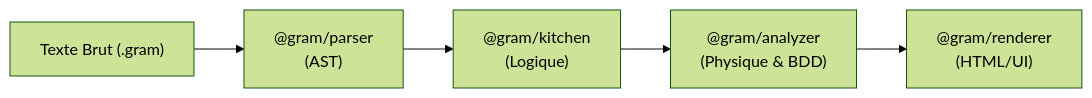
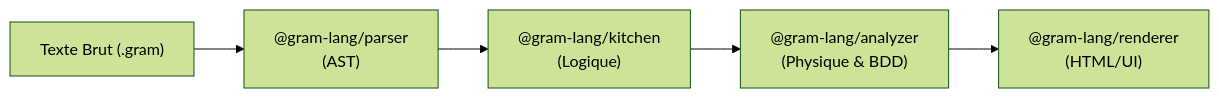
The diagram in packages/docs/src/fr/explanation/engine/lifecycle.md (gram-lang/gram), drawn with Mermaid (forest theme) before and after one commit. The commit also changed other lines of this file and 147 other files, not shown here.

Commit message:
chore: rename npm organization from @gram to @gram-lang

````diff
--- a/packages/docs/src/fr/explanation/engine/lifecycle.md
+++ b/packages/docs/src/fr/explanation/engine/lifecycle.md
@@ -40,7 +40,7 @@
 ```mermaid
 graph LR
-  Raw["Texte Brut (.gram)"] --> Parser["@gram/parser<br/>(AST)"]
-  Parser --> Kitchen["@gram/kitchen<br/>(Logique)"]
-  Kitchen --> Analyzer["@gram/analyzer<br/>(Physique & BDD)"]
-  Analyzer --> Renderer["@gram/renderer<br/>(HTML/UI)"]
+  Raw["Texte Brut (.gram)"] --> Parser["@gram-lang/parser<br/>(AST)"]
+  Parser --> Kitchen["@gram-lang/kitchen<br/>(Logique)"]
+  Kitchen --> Analyzer["@gram-lang/analyzer<br/>(Physique & BDD)"]
+  Analyzer --> Renderer["@gram-lang/renderer<br/>(HTML/UI)"]
 ```
````
